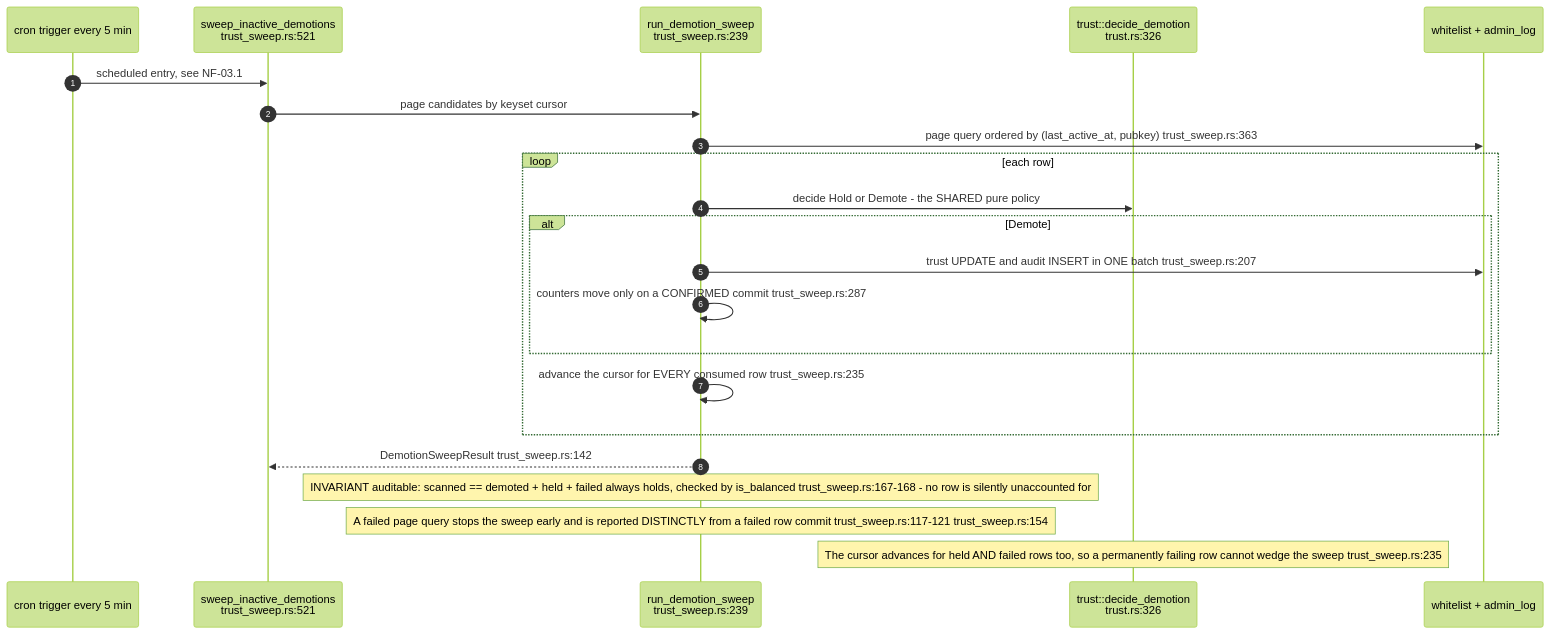
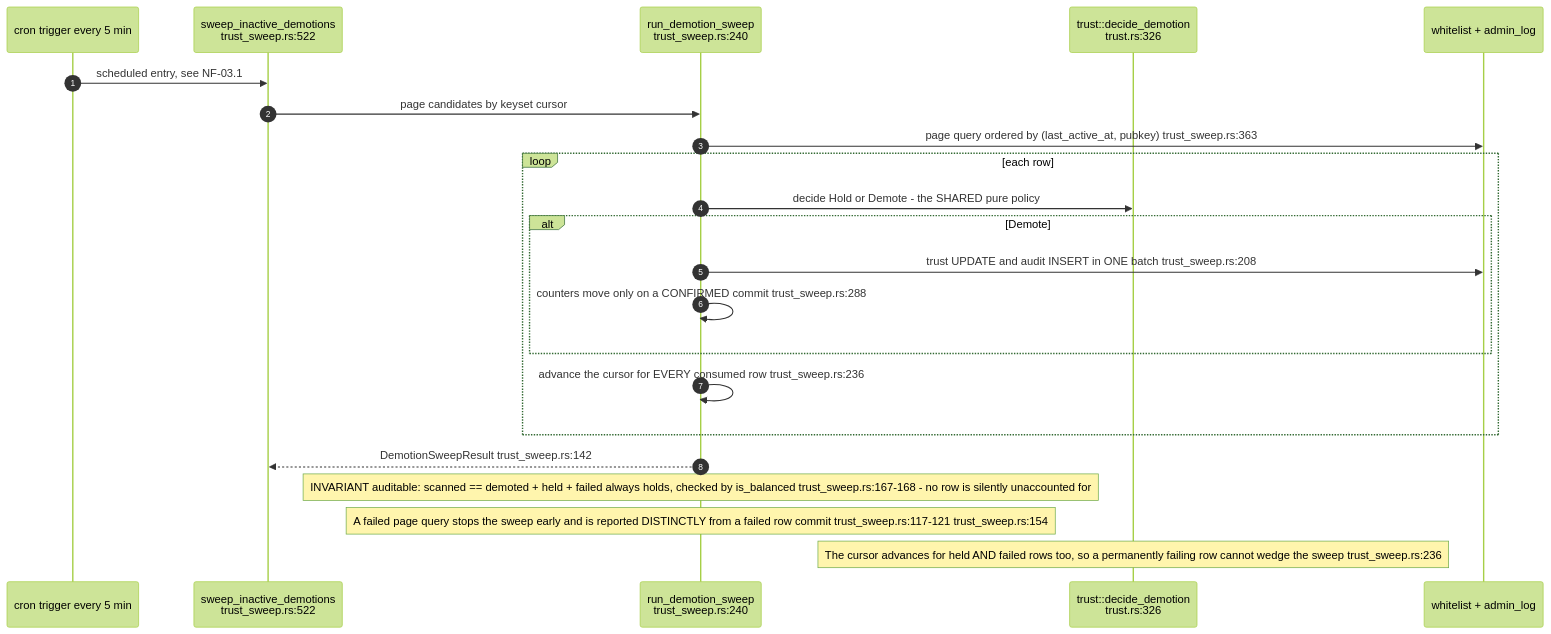
The tenth of 16 diagrams in docs/diagrams/nostr-rust-forum/11-relay-durable-object-internals.md (DreamLab-AI/VisionFlow), drawn with Mermaid (forest theme) before and after one commit. The commit also changed other lines of this file and 17 other files, not shown here.

````diff
--- a/docs/diagrams/nostr-rust-forum/11-relay-durable-object-internals.md
+++ b/docs/diagrams/nostr-rust-forum/11-relay-durable-object-internals.md
@@ -313,26 +315,26 @@
 ```mermaid
 sequenceDiagram
     autonumber
     participant CR as cron trigger every 5 min
-    participant SW as sweep_inactive_demotions<br/>trust_sweep.rs:521
-    participant RUN as run_demotion_sweep<br/>trust_sweep.rs:239
+    participant SW as sweep_inactive_demotions<br/>trust_sweep.rs:522
+    participant RUN as run_demotion_sweep<br/>trust_sweep.rs:240
     participant POL as trust::decide_demotion<br/>trust.rs:326
     participant D1 as whitelist + admin_log
 
     CR->>SW: scheduled entry, see NF-03.1
     SW->>RUN: page candidates by keyset cursor
     RUN->>D1: page query ordered by (last_active_at, pubkey) trust_sweep.rs:363
     loop each row
         RUN->>POL: decide Hold or Demote - the SHARED pure policy
         alt Demote
-            RUN->>D1: trust UPDATE and audit INSERT in ONE batch trust_sweep.rs:207
-            RUN->>RUN: counters move only on a CONFIRMED commit trust_sweep.rs:287
+            RUN->>D1: trust UPDATE and audit INSERT in ONE batch trust_sweep.rs:208
+            RUN->>RUN: counters move only on a CONFIRMED commit trust_sweep.rs:288
         end
-        RUN->>RUN: advance the cursor for EVERY consumed row trust_sweep.rs:235
+        RUN->>RUN: advance the cursor for EVERY consumed row trust_sweep.rs:236
     end
     RUN-->>SW: DemotionSweepResult trust_sweep.rs:142
 
     Note over RUN: INVARIANT auditable: scanned == demoted + held + failed always holds, checked by is_balanced trust_sweep.rs:167-168 - no row is silently unaccounted for
     Note over RUN: A failed page query stops the sweep early and is reported DISTINCTLY from a failed row commit trust_sweep.rs:117-121 trust_sweep.rs:154
-    Note over POL: The cursor advances for held AND failed rows too, so a permanently failing row cannot wedge the sweep trust_sweep.rs:235
+    Note over POL: The cursor advances for held AND failed rows too, so a permanently failing row cannot wedge the sweep trust_sweep.rs:236
 ```
````
